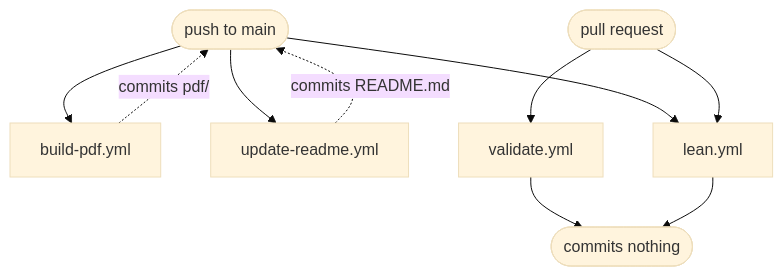
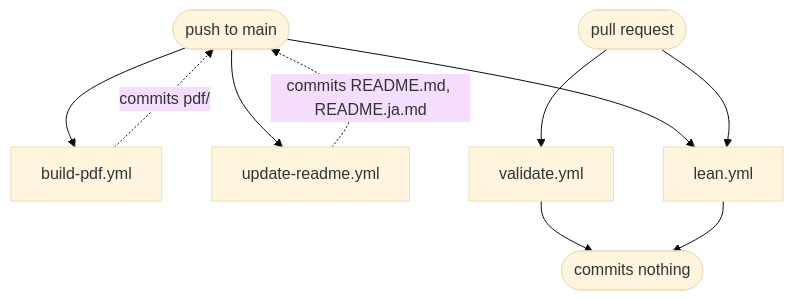
One commit to ys-math/math-study changed the diagram in docs/agent-system.md. Above: the diagram before and after it, drawn with Mermaid (base theme). The commit also changed other lines of this file and 17 other files, not shown here.

````diff
--- a/docs/agent-system.md
+++ b/docs/agent-system.md
@@ -277,17 +277,17 @@
 ```mermaid
 flowchart TD
     PUSH(["push to main"])
     PRQ(["pull request"])
 
     PUSH --> BP["build-pdf.yml"]
     PUSH --> UR["update-readme.yml"]
     PUSH --> LN["lean.yml"]
     PRQ --> VAL["validate.yml"]
     PRQ --> LN
 
     BP -.->|"commits pdf/"| PUSH
-    UR -.->|"commits README.md"| PUSH
+    UR -.->|"commits README.md, README.ja.md"| PUSH
 
     VAL --> NIL(["commits nothing"])
     LN --> NIL
 ```
````
